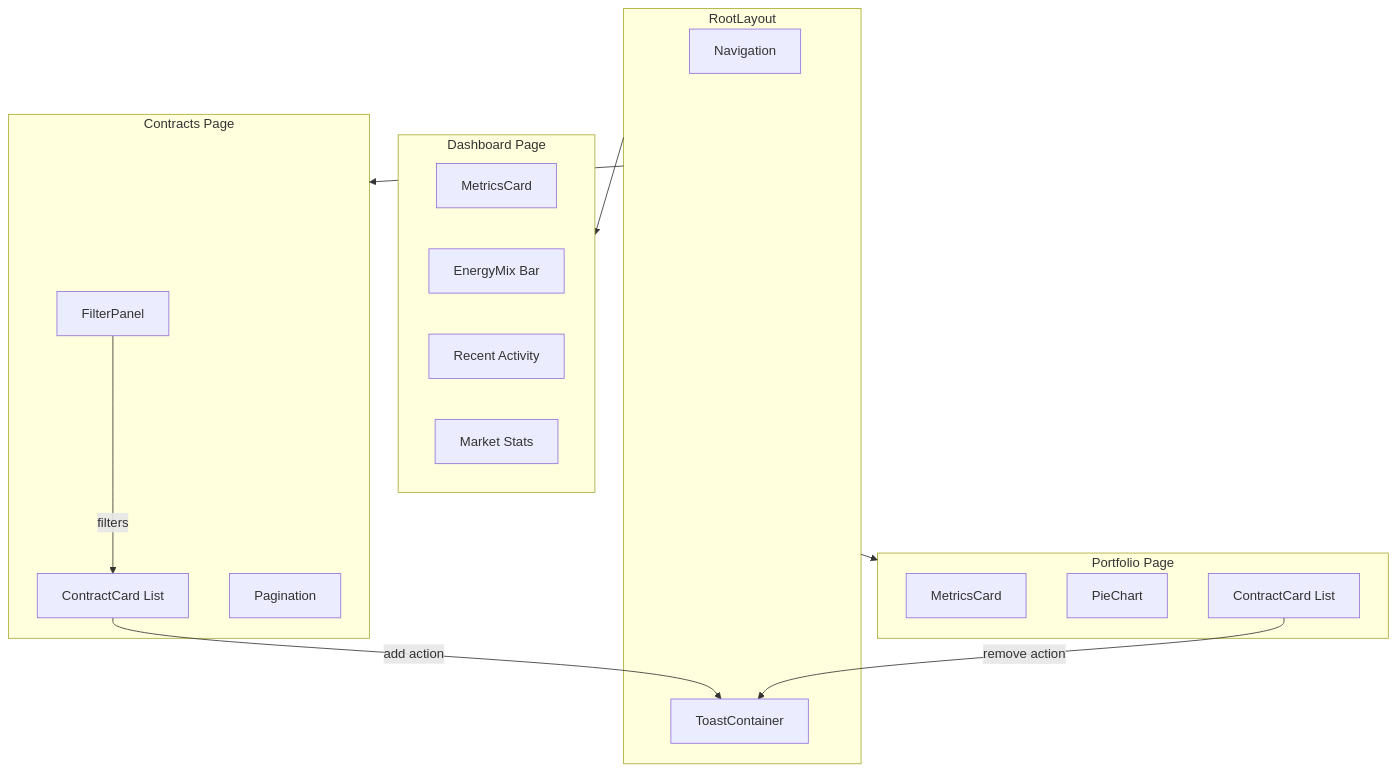
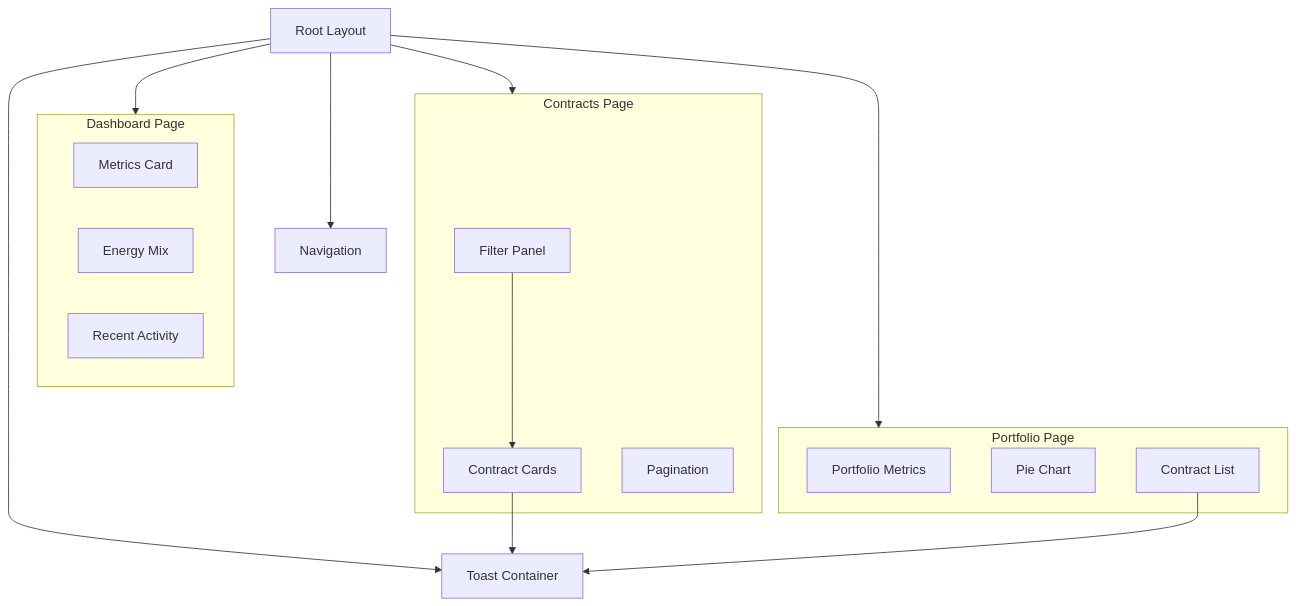
Before and after one commit to Mertsukusu/energy-marketplace-platform: the fourth of 7 diagrams in README.md, drawn with Mermaid. The commit also changed other lines of this file, not shown here.

Commit message:
fix: Correct Mermaid diagram syntax errors

````diff
--- a/README.md
+++ b/README.md
@@ -283,34 +267,34 @@
 ```mermaid
 flowchart TB
-    subgraph RootLayout[RootLayout]
-        Nav[Navigation]
-        Toast[ToastContainer]
+    RootLayout[Root Layout]
+    Nav[Navigation]
+    ToastContainer[Toast Container]
+    
+    RootLayout --> Nav
+    RootLayout --> ToastContainer
+    RootLayout --> Dashboard
+    RootLayout --> Contracts
+    RootLayout --> Portfolio
+
+    subgraph Dashboard[Dashboard Page]
+        DMetrics[Metrics Card]
+        DEnergyMix[Energy Mix]
+        DRecent[Recent Activity]
     end
 
-    RootLayout --> DashboardPage
-    RootLayout --> ContractsPage
-    RootLayout --> PortfolioPage
-
-    subgraph DashboardPage[Dashboard Page]
-        DMetrics[MetricsCard]
-        DEnergyMix[EnergyMix Bar]
-        DRecent[Recent Activity]
-        DMarketStats[Market Stats]
-    end
-
-    subgraph ContractsPage[Contracts Page]
-        FilterPanel[FilterPanel]
-        ContractsList[ContractCard List]
+    subgraph Contracts[Contracts Page]
+        FilterPanel[Filter Panel]
+        ContractsList[Contract Cards]
         Pagination[Pagination]
     end
 
-    subgraph PortfolioPage[Portfolio Page]
-        PMetrics[MetricsCard]
-        PPieChart[PieChart]
-        PContractsList[ContractCard List]
+    subgraph Portfolio[Portfolio Page]
+        PMetrics[Portfolio Metrics]
+        PPieChart[Pie Chart]
+        PContractsList[Contract List]
     end
 
-    FilterPanel -->|filters| ContractsList
-    ContractsList -->|add action| Toast
-    PContractsList -->|remove action| Toast
+    FilterPanel --> ContractsList
+    ContractsList --> ToastContainer
+    PContractsList --> ToastContainer
 ```
````
